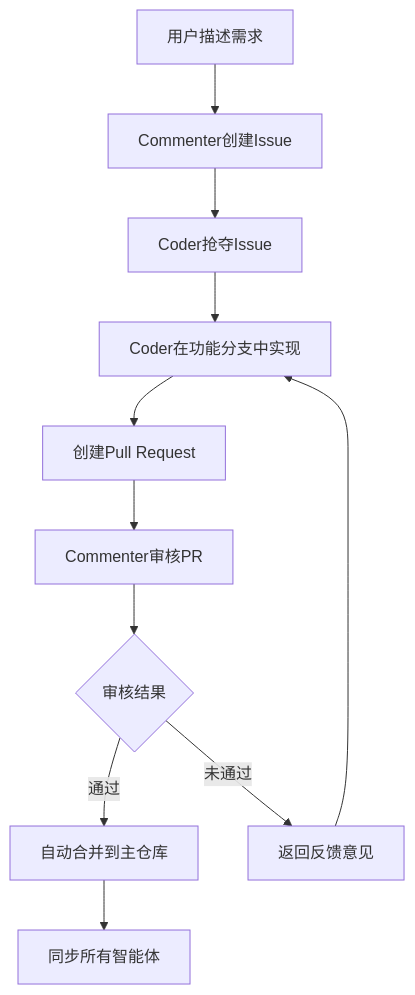
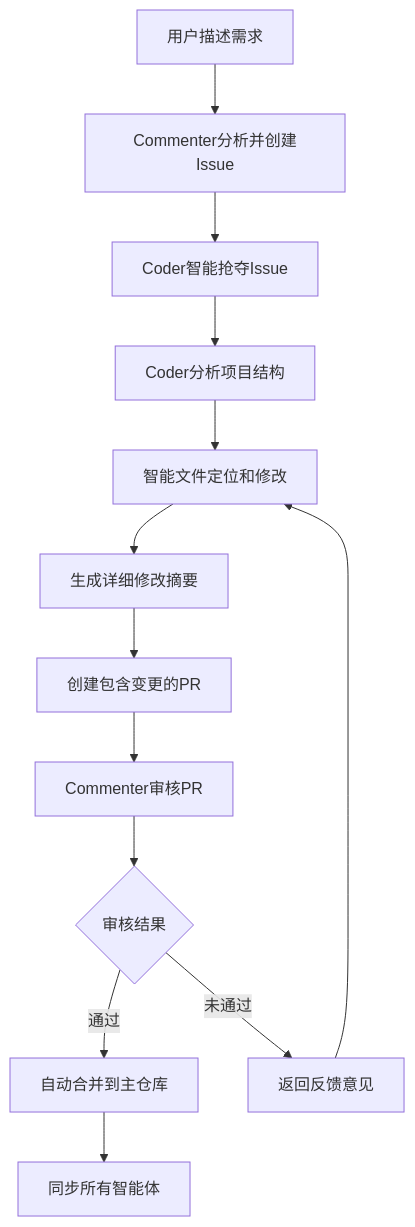
One commit to charr-Chen/multi-agent-coder changed the second of 2 diagrams in README.md. Above: the diagram before and after it, drawn with Mermaid. The commit also changed other lines of this file, not shown here.

````diff
--- a/README.md
+++ b/README.md
@@ -312,13 +403,15 @@
 ```mermaid
 graph TD
-    A[用户描述需求] --> B[Commenter创建Issue]
-    B --> C[Coder抢夺Issue]
-    C --> D[Coder在功能分支中实现]
-    D --> E[创建Pull Request]
-    E --> F[Commenter审核PR]
-    F --> G{审核结果}
-    G -->|通过| H[自动合并到主仓库]
-    G -->|未通过| I[返回反馈意见]
-    H --> J[同步所有智能体]
-    I --> D
+    A[用户描述需求] --> B[Commenter分析并创建Issue]
+    B --> C[Coder智能抢夺Issue]
+    C --> D[Coder分析项目结构]
+    D --> E[智能文件定位和修改]
+    E --> F[生成详细修改摘要]
+    F --> G[创建包含变更的PR]
+    G --> H[Commenter审核PR]
+    H --> I{审核结果}
+    I -->|通过| J[自动合并到主仓库]
+    I -->|未通过| K[返回反馈意见]
+    J --> L[同步所有智能体]
+    K --> E
 ```
````
